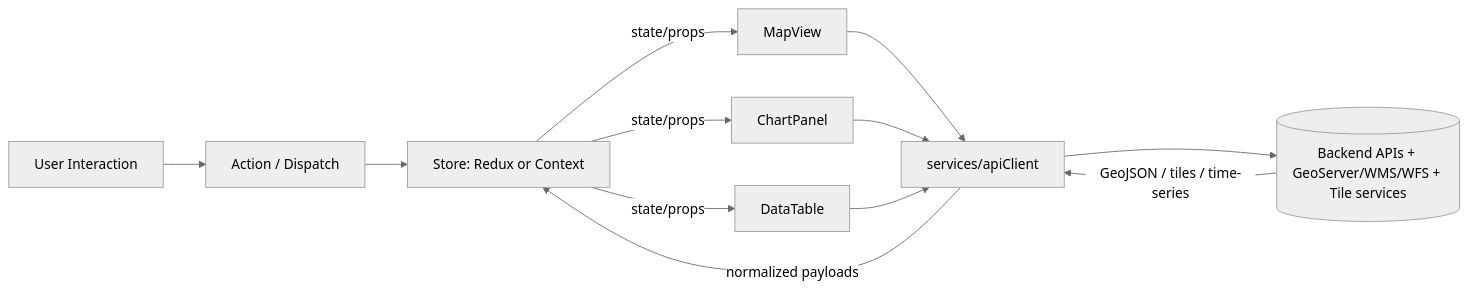
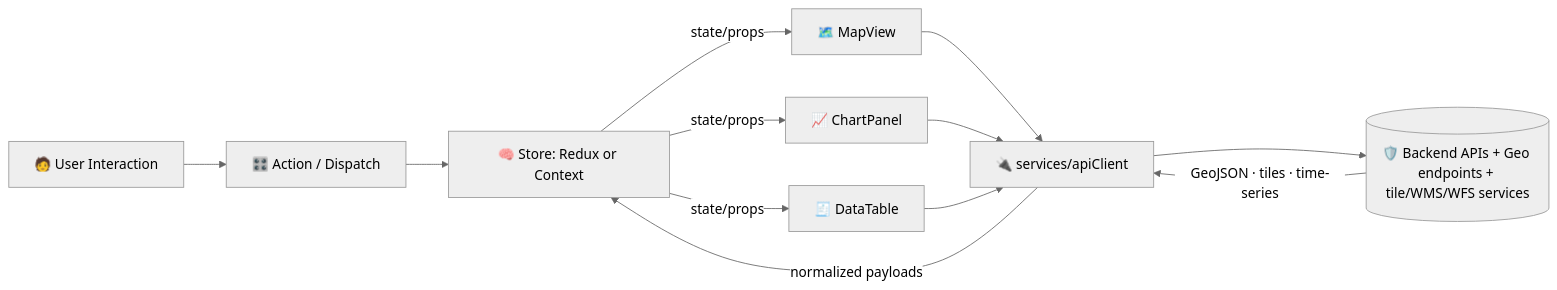
Before and after one commit to bartytime4life/Kansas-Frontier-Matrix: the diagram in web/src/README.md, drawn with Mermaid (neutral theme). The commit also changed other lines of this file, not shown here.

````diff
--- a/web/src/README.md
+++ b/web/src/README.md
@@ -75,14 +139,14 @@
 ```mermaid
 flowchart LR
-  U[User Interaction] --> A[Action / Dispatch]
-  A --> S[Store: Redux or Context]
-  S -->|state/props| M[MapView]
-  S -->|state/props| C[ChartPanel]
-  S -->|state/props| D[DataTable]
-  M --> R[services/apiClient]
+  U[🧑 User Interaction] --> A[🎛️ Action / Dispatch]
+  A --> S[🧠 Store: Redux or Context]
+  S -->|state/props| M[🗺️ MapView]
+  S -->|state/props| C[📈 ChartPanel]
+  S -->|state/props| T[🧾 DataTable]
+  M --> R[🔌 services/apiClient]
   C --> R
-  D --> R
-  R --> B[(Backend APIs + GeoServer/WMS/WFS + Tile services)]
-  B -->|GeoJSON / tiles / time-series| R
+  T --> R
+  R --> B[(🛡️ Backend APIs + Geo endpoints + tile/WMS/WFS services)]
+  B -->|GeoJSON · tiles · time-series| R
   R -->|normalized payloads| S
 ```
````
